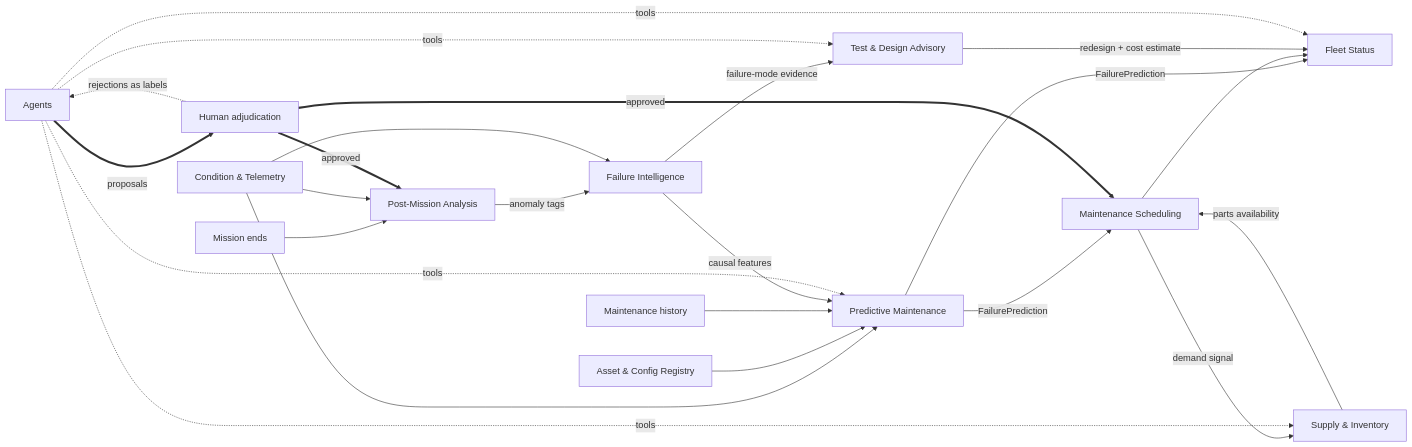
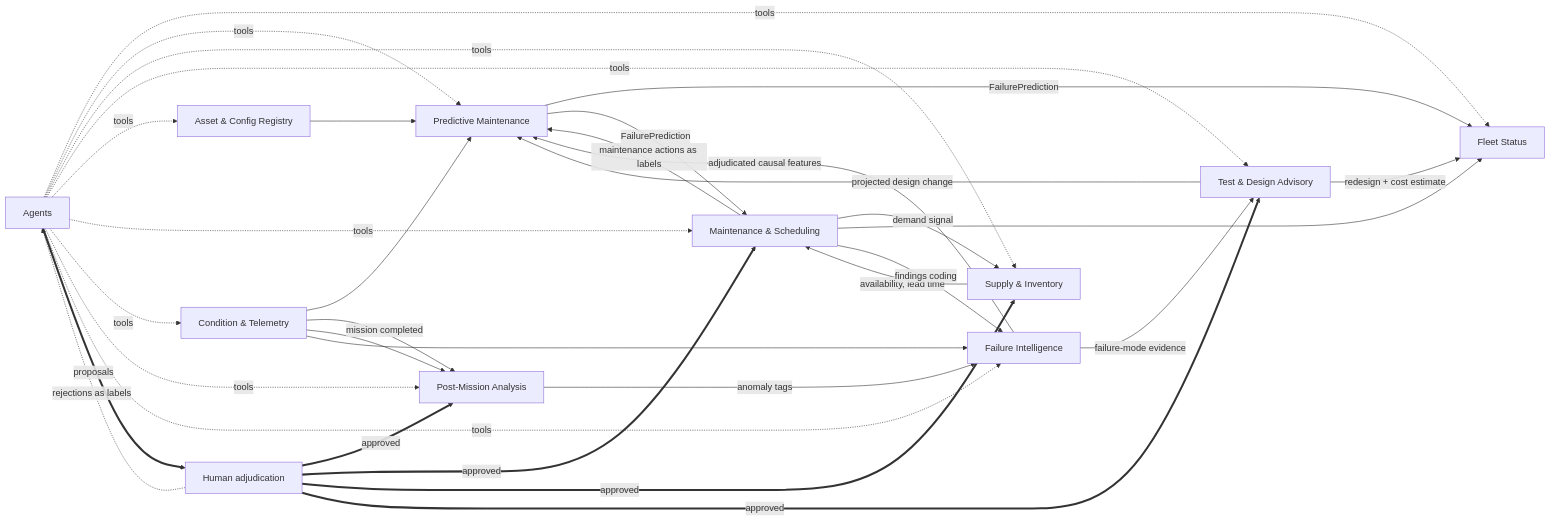
The third of 3 diagrams in docs/architecture/01-system-architecture.md (DDL-Mike-Snyder/predictive_maintenance), drawn with Mermaid before and after one commit. The commit also changed other lines of this file and 7 other files, not shown here.

````diff
--- a/docs/architecture/01-system-architecture.md
+++ b/docs/architecture/01-system-architecture.md
@@ -439,27 +511,36 @@
 ```mermaid
 graph LR
     TEL[Condition & Telemetry] --> PDM[Predictive Maintenance]
     REG[Asset & Config Registry] --> PDM
-    HIST[Maintenance history] --> PDM
+    SCH[Maintenance & Scheduling] -->|maintenance actions as labels| PDM
     PDM -->|FailurePrediction| FS[Fleet Status]
-    PDM -->|FailurePrediction| SCH[Maintenance Scheduling]
-    SUP[Supply & Inventory] -->|parts availability| SCH
+    PDM -->|FailurePrediction| SCH
+    SUP[Supply & Inventory] -->|availability, lead time| SCH
     SCH -->|demand signal| SUP
     SCH --> FS
-    MISS[Mission ends] --> PMA[Post-Mission Analysis]
+    TEL -->|mission completed| PMA[Post-Mission Analysis]
     TEL --> PMA
     PMA -->|anomaly tags| FI[Failure Intelligence]
     TEL --> FI
-    FI -->|causal features| PDM
+    SCH -->|findings coding| FI
+    FI -->|adjudicated causal features| PDM
     FI -->|failure-mode evidence| DES[Test & Design Advisory]
     DES -->|redesign + cost estimate| FS
+    DES -->|projected design change| PDM
 
     AGT[Agents] -.tools.-> FS
     AGT -.tools.-> PDM
     AGT -.tools.-> SUP
     AGT -.tools.-> DES
+    AGT -.tools.-> REG
+    AGT -.tools.-> SCH
+    AGT -.tools.-> TEL
+    AGT -.tools.-> PMA
+    AGT -.tools.-> FI
     AGT ==>|proposals| ADJ[Human adjudication]
     ADJ ==>|approved| PMA
     ADJ ==>|approved| SCH
+    ADJ ==>|approved| SUP
+    ADJ ==>|approved| DES
     ADJ -.rejections as labels.-> AGT
 ```
````
